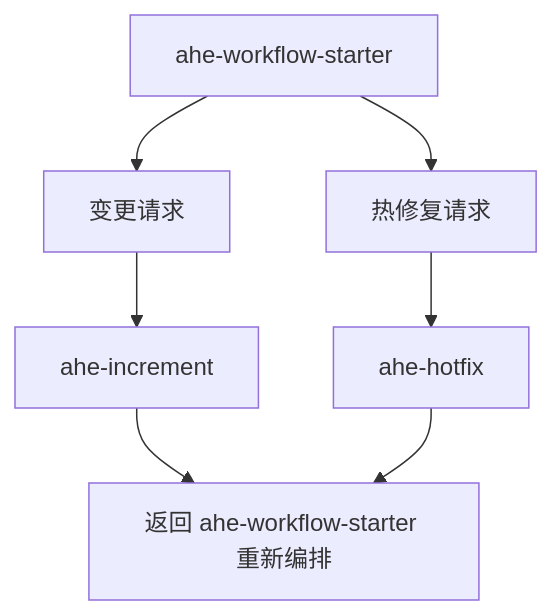
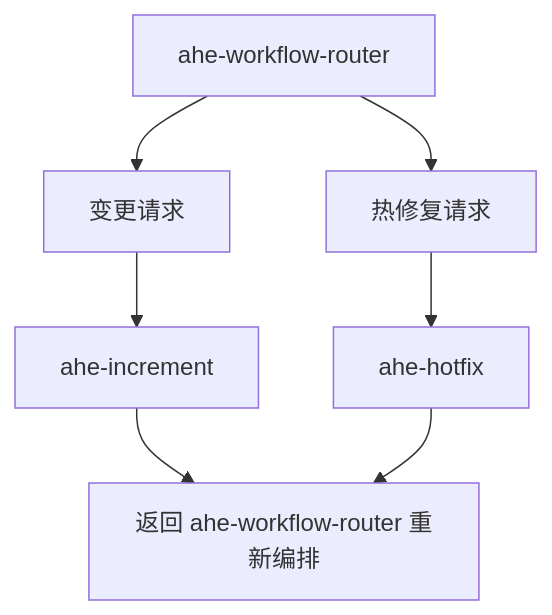
The third of 3 diagrams in skills/ahe-skills-design.md (hujianbest/awesome-harness), drawn with Mermaid before and after one commit. The commit also changed other lines of this file and 62 other files, not shown here.

First line of the commit message:
完成 starter 退场并收口 router-era 契约

````diff
--- a/skills/ahe-skills-design.md
+++ b/skills/ahe-skills-design.md
@@ -701,16 +704,16 @@
 ```mermaid
 flowchart TD
-    starter[ahe-workflow-starter]
+    router[ahe-workflow-router]
     changeReq[变更请求]
     hotfixReq[热修复请求]
     increment[ahe-increment]
     hotfix[ahe-hotfix]
-    reroute[返回 ahe-workflow-starter 重新编排]
+    reroute[返回 ahe-workflow-router 重新编排]
 
-    starter --> changeReq
-    starter --> hotfixReq
+    router --> changeReq
+    router --> hotfixReq
     changeReq --> increment
     increment --> reroute
     hotfixReq --> hotfix
     hotfix --> reroute
 ```
````
